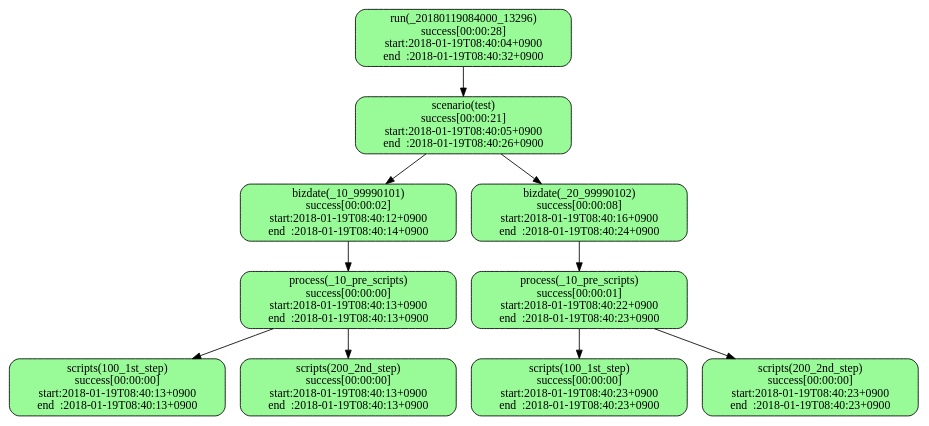
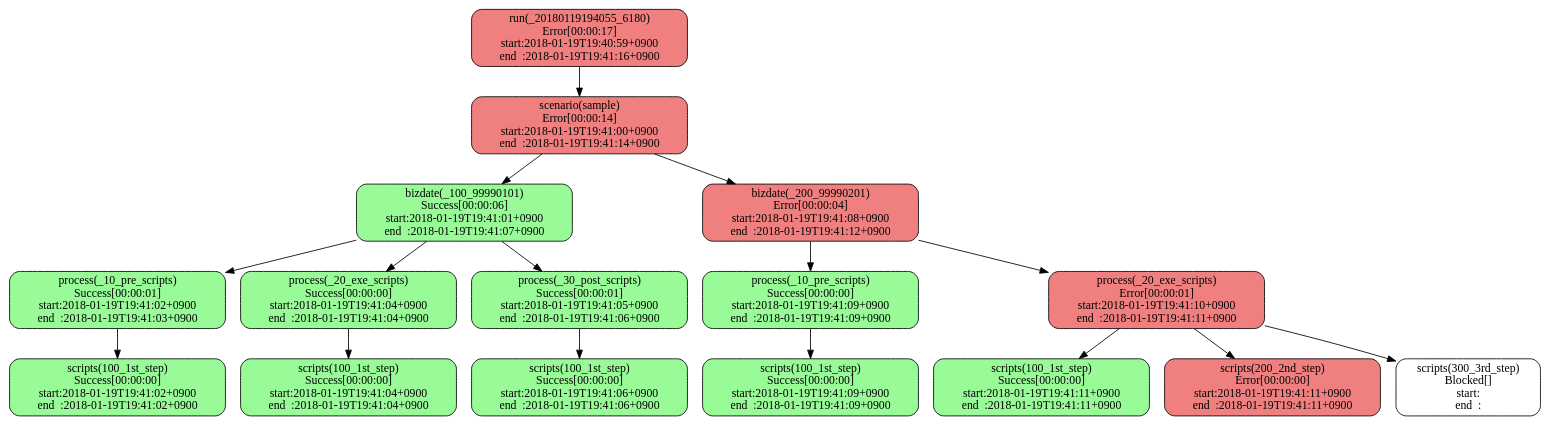
One commit to tkhr-sait/stfw-result-viewer-rails changed the diagram in sample.dot. Above: the diagram before and after it, drawn with Graphviz. The commit also changed 5 other files, not shown here.

```diff
--- a/sample.dot
+++ b/sample.dot
@@ -1,22 +1,34 @@
 digraph G {
   layout="dot";
-  x20180119084000x13296xrun[label="run(_20180119084000_13296)\nsuccess[00:00:28]\nstart:2018-01-19T08:40:04+0900\nend  :2018-01-19T08:40:32+0900",shape="box",style="filled,rounded",fillcolor="palegreen"];
-  x20180119084000x13296xrunxtest[label="scenario(test)\nsuccess[00:00:21]\nstart:2018-01-19T08:40:05+0900\nend  :2018-01-19T08:40:26+0900",shape="box",style="filled,rounded",fillcolor="palegreen"];
-  x20180119084000x13296xrunxtestxx10x99990101[label="bizdate(_10_99990101)\nsuccess[00:00:02]\nstart:2018-01-19T08:40:12+0900\nend  :2018-01-19T08:40:14+0900",shape="box",style="filled,rounded",fillcolor="palegreen"];
-  x20180119084000x13296xrunxtestxx10x99990101xx10xprexscripts[label="process(_10_pre_scripts)\nsuccess[00:00:00]\nstart:2018-01-19T08:40:13+0900\nend  :2018-01-19T08:40:13+0900",shape="box",style="filled,rounded",fillcolor="palegreen"];
-  x20180119084000x13296xrunxtestxx10x99990101xx10xprexscriptsx100x1stxstep[label="scripts(100_1st_step)\nsuccess[00:00:00]\nstart:2018-01-19T08:40:13+0900\nend  :2018-01-19T08:40:13+0900",shape="box",style="filled,rounded",fillcolor="palegreen"];
-  x20180119084000x13296xrunxtestxx10x99990101xx10xprexscriptsx200x2ndxstep[label="scripts(200_2nd_step)\nsuccess[00:00:00]\nstart:2018-01-19T08:40:13+0900\nend  :2018-01-19T08:40:13+0900",shape="box",style="filled,rounded",fillcolor="palegreen"];
-  x20180119084000x13296xrunxtestxx20x99990102[label="bizdate(_20_99990102)\nsuccess[00:00:08]\nstart:2018-01-19T08:40:16+0900\nend  :2018-01-19T08:40:24+0900",shape="box",style="filled,rounded",fillcolor="palegreen"];
-  x20180119084000x13296xrunxtestxx20x99990102xx10xprexscripts[label="process(_10_pre_scripts)\nsuccess[00:00:01]\nstart:2018-01-19T08:40:22+0900\nend  :2018-01-19T08:40:23+0900",shape="box",style="filled,rounded",fillcolor="palegreen"];
-  x20180119084000x13296xrunxtestxx20x99990102xx10xprexscriptsx100x1stxstep[label="scripts(100_1st_step)\nsuccess[00:00:00]\nstart:2018-01-19T08:40:23+0900\nend  :2018-01-19T08:40:23+0900",shape="box",style="filled,rounded",fillcolor="palegreen"];
-  x20180119084000x13296xrunxtestxx20x99990102xx10xprexscriptsx200x2ndxstep[label="scripts(200_2nd_step)\nsuccess[00:00:00]\nstart:2018-01-19T08:40:23+0900\nend  :2018-01-19T08:40:23+0900",shape="box",style="filled,rounded",fillcolor="palegreen"];
-  x20180119084000x13296xrun -> x20180119084000x13296xrunxtest;
-  x20180119084000x13296xrunxtest -> x20180119084000x13296xrunxtestxx10x99990101;
-  x20180119084000x13296xrunxtestxx10x99990101 -> x20180119084000x13296xrunxtestxx10x99990101xx10xprexscripts;
-  x20180119084000x13296xrunxtestxx10x99990101xx10xprexscripts -> x20180119084000x13296xrunxtestxx10x99990101xx10xprexscriptsx100x1stxstep;
-  x20180119084000x13296xrunxtestxx10x99990101xx10xprexscripts -> x20180119084000x13296xrunxtestxx10x99990101xx10xprexscriptsx200x2ndxstep;
-  x20180119084000x13296xrunxtest -> x20180119084000x13296xrunxtestxx20x99990102;
-  x20180119084000x13296xrunxtestxx20x99990102 -> x20180119084000x13296xrunxtestxx20x99990102xx10xprexscripts;
-  x20180119084000x13296xrunxtestxx20x99990102xx10xprexscripts -> x20180119084000x13296xrunxtestxx20x99990102xx10xprexscriptsx100x1stxstep;
-  x20180119084000x13296xrunxtestxx20x99990102xx10xprexscripts -> x20180119084000x13296xrunxtestxx20x99990102xx10xprexscriptsx200x2ndxstep;
+  x20180119194055x6180xrun[label="run(_20180119194055_6180)\nError[00:00:17]\nstart:2018-01-19T19:40:59+0900\nend  :2018-01-19T19:41:16+0900",shape="box",style="filled,rounded",fillcolor="lightcoral"];
+  x20180119194055x6180xrunxsample[label="scenario(sample)\nError[00:00:14]\nstart:2018-01-19T19:41:00+0900\nend  :2018-01-19T19:41:14+0900",shape="box",style="filled,rounded",fillcolor="lightcoral"];
+  x20180119194055x6180xrunxsamplexx100x99990101[label="bizdate(_100_99990101)\nSuccess[00:00:06]\nstart:2018-01-19T19:41:01+0900\nend  :2018-01-19T19:41:07+0900",shape="box",style="filled,rounded",fillcolor="palegreen"];
+  x20180119194055x6180xrunxsamplexx100x99990101xx10xprexscripts[label="process(_10_pre_scripts)\nSuccess[00:00:01]\nstart:2018-01-19T19:41:02+0900\nend  :2018-01-19T19:41:03+0900",shape="box",style="filled,rounded",fillcolor="palegreen"];
+  x20180119194055x6180xrunxsamplexx100x99990101xx10xprexscriptsx100x1stxstep[label="scripts(100_1st_step)\nSuccess[00:00:00]\nstart:2018-01-19T19:41:02+0900\nend  :2018-01-19T19:41:02+0900",shape="box",style="filled,rounded",fillcolor="palegreen"];
+  x20180119194055x6180xrunxsamplexx100x99990101xx20xexexscripts[label="process(_20_exe_scripts)\nSuccess[00:00:00]\nstart:2018-01-19T19:41:04+0900\nend  :2018-01-19T19:41:04+0900",shape="box",style="filled,rounded",fillcolor="palegreen"];
+  x20180119194055x6180xrunxsamplexx100x99990101xx20xexexscriptsx100x1stxstep[label="scripts(100_1st_step)\nSuccess[00:00:00]\nstart:2018-01-19T19:41:04+0900\nend  :2018-01-19T19:41:04+0900",shape="box",style="filled,rounded",fillcolor="palegreen"];
+  x20180119194055x6180xrunxsamplexx100x99990101xx30xpostxscripts[label="process(_30_post_scripts)\nSuccess[00:00:01]\nstart:2018-01-19T19:41:05+0900\nend  :2018-01-19T19:41:06+0900",shape="box",style="filled,rounded",fillcolor="palegreen"];
+  x20180119194055x6180xrunxsamplexx100x99990101xx30xpostxscriptsx100x1stxstep[label="scripts(100_1st_step)\nSuccess[00:00:00]\nstart:2018-01-19T19:41:06+0900\nend  :2018-01-19T19:41:06+0900",shape="box",style="filled,rounded",fillcolor="palegreen"];
+  x20180119194055x6180xrunxsamplexx200x99990201[label="bizdate(_200_99990201)\nError[00:00:04]\nstart:2018-01-19T19:41:08+0900\nend  :2018-01-19T19:41:12+0900",shape="box",style="filled,rounded",fillcolor="lightcoral"];
+  x20180119194055x6180xrunxsamplexx200x99990201xx10xprexscripts[label="process(_10_pre_scripts)\nSuccess[00:00:00]\nstart:2018-01-19T19:41:09+0900\nend  :2018-01-19T19:41:09+0900",shape="box",style="filled,rounded",fillcolor="palegreen"];
+  x20180119194055x6180xrunxsamplexx200x99990201xx10xprexscriptsx100x1stxstep[label="scripts(100_1st_step)\nSuccess[00:00:00]\nstart:2018-01-19T19:41:09+0900\nend  :2018-01-19T19:41:09+0900",shape="box",style="filled,rounded",fillcolor="palegreen"];
+  x20180119194055x6180xrunxsamplexx200x99990201xx20xexexscripts[label="process(_20_exe_scripts)\nError[00:00:01]\nstart:2018-01-19T19:41:10+0900\nend  :2018-01-19T19:41:11+0900",shape="box",style="filled,rounded",fillcolor="lightcoral"];
+  x20180119194055x6180xrunxsamplexx200x99990201xx20xexexscriptsx100x1stxstep[label="scripts(100_1st_step)\nSuccess[00:00:00]\nstart:2018-01-19T19:41:11+0900\nend  :2018-01-19T19:41:11+0900",shape="box",style="filled,rounded",fillcolor="palegreen"];
+  x20180119194055x6180xrunxsamplexx200x99990201xx20xexexscriptsx200x2ndxstep[label="scripts(200_2nd_step)\nError[00:00:00]\nstart:2018-01-19T19:41:11+0900\nend  :2018-01-19T19:41:11+0900",shape="box",style="filled,rounded",fillcolor="lightcoral"];
+  x20180119194055x6180xrunxsamplexx200x99990201xx20xexexscriptsx300x3rdxstep[label="scripts(300_3rd_step)\nBlocked[]\nstart:\nend  :",shape="box",style="filled,rounded",fillcolor="white"];
+  x20180119194055x6180xrun -> x20180119194055x6180xrunxsample;
+  x20180119194055x6180xrunxsample -> x20180119194055x6180xrunxsamplexx100x99990101;
+  x20180119194055x6180xrunxsamplexx100x99990101 -> x20180119194055x6180xrunxsamplexx100x99990101xx10xprexscripts;
+  x20180119194055x6180xrunxsamplexx100x99990101xx10xprexscripts -> x20180119194055x6180xrunxsamplexx100x99990101xx10xprexscriptsx100x1stxstep;
+  x20180119194055x6180xrunxsamplexx100x99990101 -> x20180119194055x6180xrunxsamplexx100x99990101xx20xexexscripts;
+  x20180119194055x6180xrunxsamplexx100x99990101xx20xexexscripts -> x20180119194055x6180xrunxsamplexx100x99990101xx20xexexscriptsx100x1stxstep;
+  x20180119194055x6180xrunxsamplexx100x99990101 -> x20180119194055x6180xrunxsamplexx100x99990101xx30xpostxscripts;
+  x20180119194055x6180xrunxsamplexx100x99990101xx30xpostxscripts -> x20180119194055x6180xrunxsamplexx100x99990101xx30xpostxscriptsx100x1stxstep;
+  x20180119194055x6180xrunxsample -> x20180119194055x6180xrunxsamplexx200x99990201;
+  x20180119194055x6180xrunxsamplexx200x99990201 -> x20180119194055x6180xrunxsamplexx200x99990201xx10xprexscripts;
+  x20180119194055x6180xrunxsamplexx200x99990201xx10xprexscripts -> x20180119194055x6180xrunxsamplexx200x99990201xx10xprexscriptsx100x1stxstep;
+  x20180119194055x6180xrunxsamplexx200x99990201 -> x20180119194055x6180xrunxsamplexx200x99990201xx20xexexscripts;
+  x20180119194055x6180xrunxsamplexx200x99990201xx20xexexscripts -> x20180119194055x6180xrunxsamplexx200x99990201xx20xexexscriptsx100x1stxstep;
+  x20180119194055x6180xrunxsamplexx200x99990201xx20xexexscripts -> x20180119194055x6180xrunxsamplexx200x99990201xx20xexexscriptsx200x2ndxstep;
+  x20180119194055x6180xrunxsamplexx200x99990201xx20xexexscripts -> x20180119194055x6180xrunxsamplexx200x99990201xx20xexexscriptsx300x3rdxstep;
 }
```
